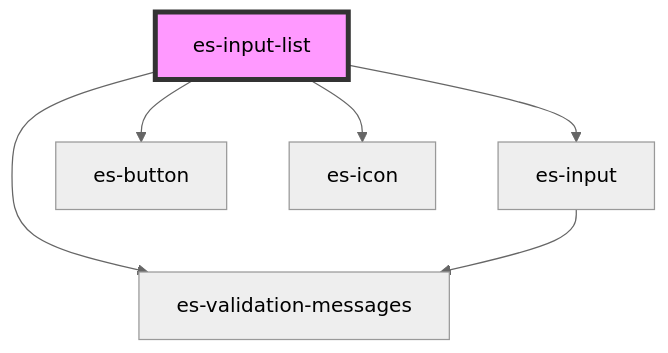
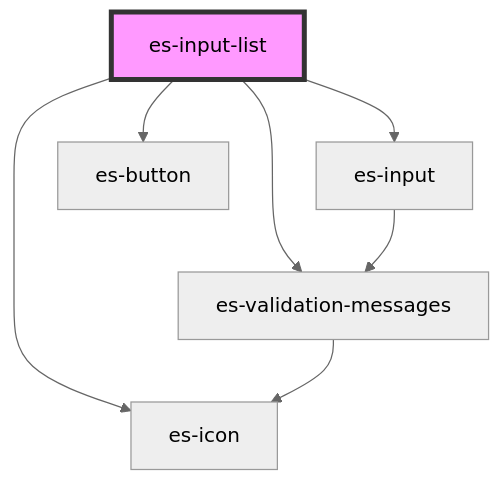
Before and after one commit to EventStore/Design-System: the diagram in packages/fields/src/components/es-input-list/readme.md, drawn with Mermaid (neutral theme). The commit also changed 166 other files, not shown here.

````diff
--- a/packages/fields/src/components/es-input-list/readme.md
+++ b/packages/fields/src/components/es-input-list/readme.md
@@ -75,9 +75,10 @@
 ```mermaid
 graph TD;
   es-input-list --> es-input
   es-input-list --> es-button
   es-input-list --> es-icon
   es-input-list --> es-validation-messages
   es-input --> es-validation-messages
+  es-validation-messages --> es-icon
   style es-input-list fill:#f9f,stroke:#333,stroke-width:4px
 ```
````
